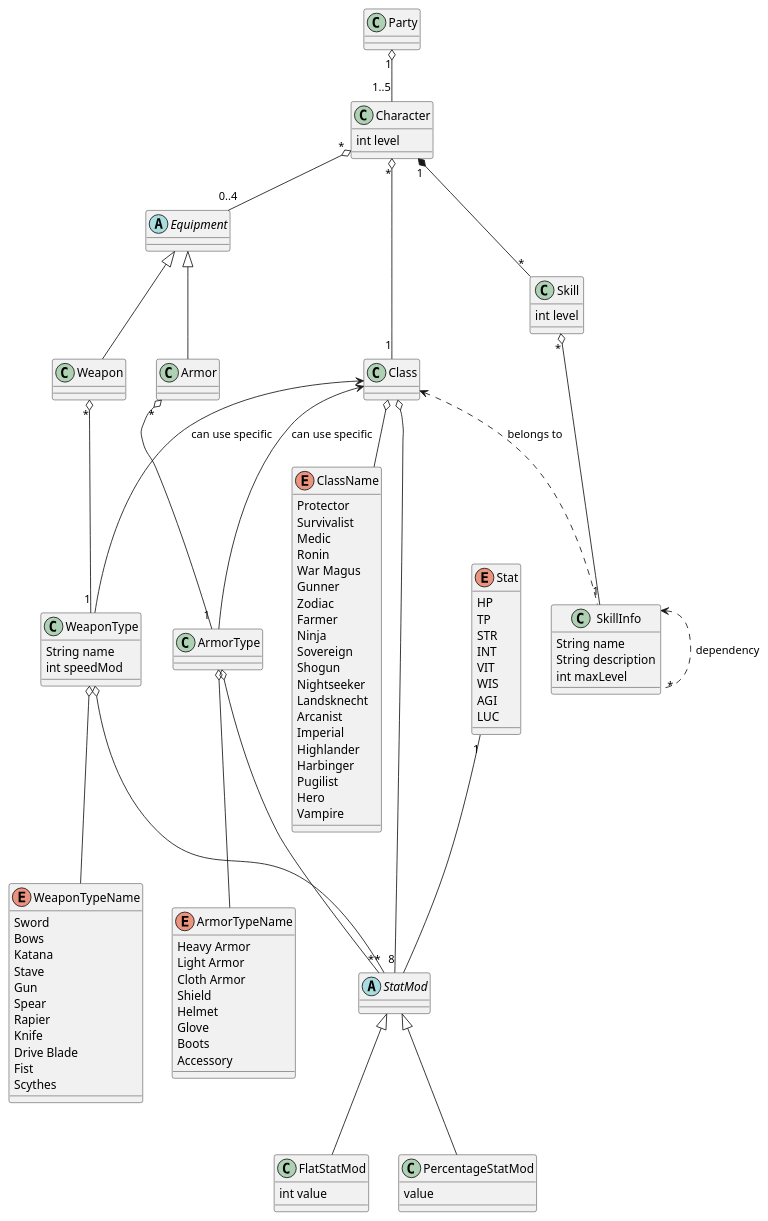
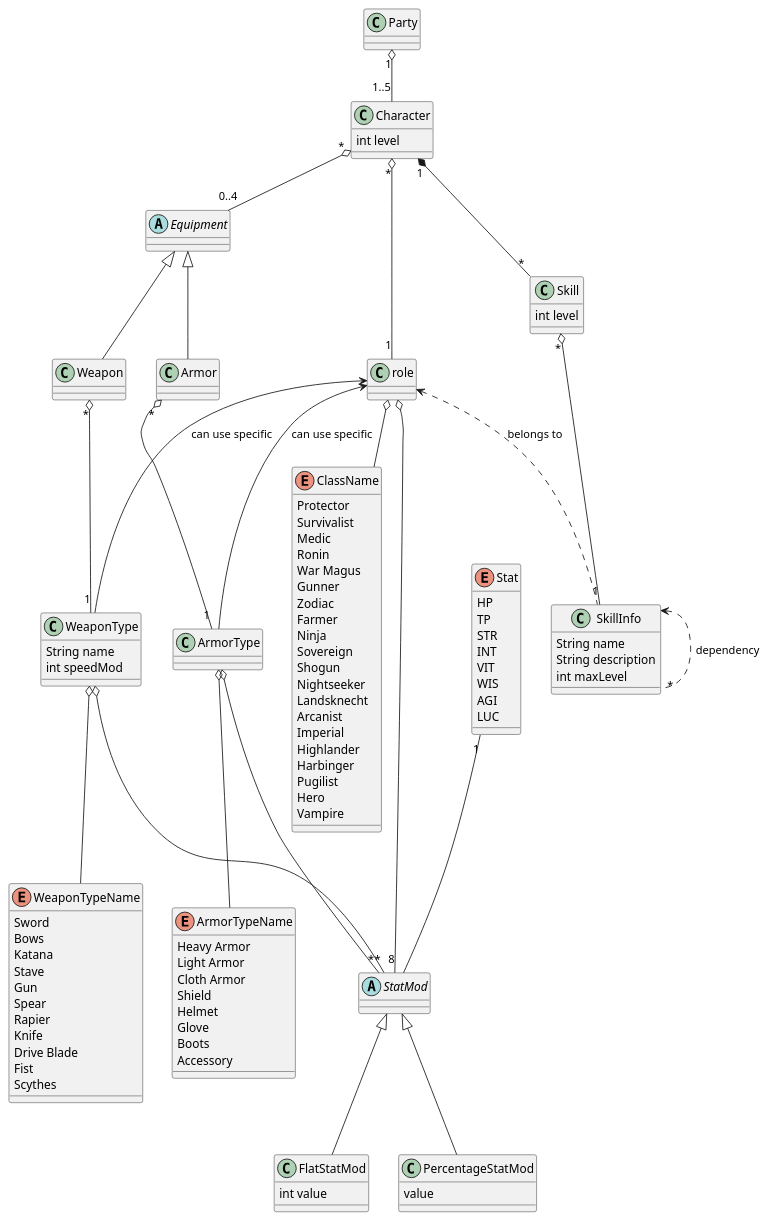
The diagram in uml/src/GameModel.puml (XiangRongLin/etrian-odyssey-planner), drawn with PlantUML before and after one commit.

Commit message:
Rename "class" to "role" in uml

```diff
--- a/uml/src/GameModel.puml
+++ b/uml/src/GameModel.puml
@@ -1,121 +1,121 @@
 @startuml
 
-class Class {
+class role {
 }
 enum ClassName {
     Protector
     Survivalist
     Medic
     Ronin
     War Magus
     Gunner
     Zodiac
     Farmer
     Ninja
     Sovereign
     Shogun
     Nightseeker
     Landsknecht
     Arcanist
     Imperial
     Highlander
     Harbinger
     Pugilist
     Hero
     Vampire
 }
 class SkillInfo {
     String name
     String description
     int maxLevel
 }
 abstract class Equipment
 class Weapon {
 }
 class WeaponType {
     String name
     int speedMod
 }
 enum WeaponTypeName {
     Sword
     Bows
     Katana
     Stave
     Gun
     Spear
     Rapier
     Knife
     Drive Blade
     Fist
     Scythes
 }
 class Armor {
 
 }
 class ArmorType {
 }
 enum ArmorTypeName {
     Heavy Armor
     Light Armor
     Cloth Armor
     Shield
     Helmet
     Glove
     Boots
     Accessory
 }
 abstract class StatMod
 class FlatStatMod {
     int value
 }
 class PercentageStatMod {
     value
 }
 
 enum Stat {
     HP
     TP
     STR
     INT
     VIT
     WIS
     AGI
     LUC
 }
 
 Equipment <|-- Weapon
 Equipment <|-- Armor
 StatMod <|-- FlatStatMod
 StatMod <|-- PercentageStatMod
 
-Class <-- WeaponType : can use specific
-Class <-- ArmorType : can use specific
-Class <.. SkillInfo :belongs to
-Class o-- ClassName
-Class o-- "8" StatMod
+role <-- WeaponType : can use specific
+role <-- ArmorType : can use specific
+role <.. SkillInfo :belongs to
+role o-- ClassName
+role o-- "8" StatMod
 Stat "1" -- StatMod
 SkillInfo <.. "*" SkillInfo : dependency
 Weapon "*" o-- "1" WeaponType
 WeaponType o-- "*" StatMod
 WeaponType o-- WeaponTypeName
 Armor "*" o-- "1" ArmorType
 ArmorType o-- "*" StatMod
 ArmorType o-- ArmorTypeName
 
 class Party {
 }
 
 class Character {
     int level
 }
 class Skill {
     int level
 }
 
 Party "1" o-- "1..5" Character
 Character "1" *-- "*" Skill
 Character "*" o-- "0..4" Equipment
-Character "*" o-- "1" Class
+Character "*" o-- "1" role
 Skill "*" o-- "1" SkillInfo
 
 @enduml
```
